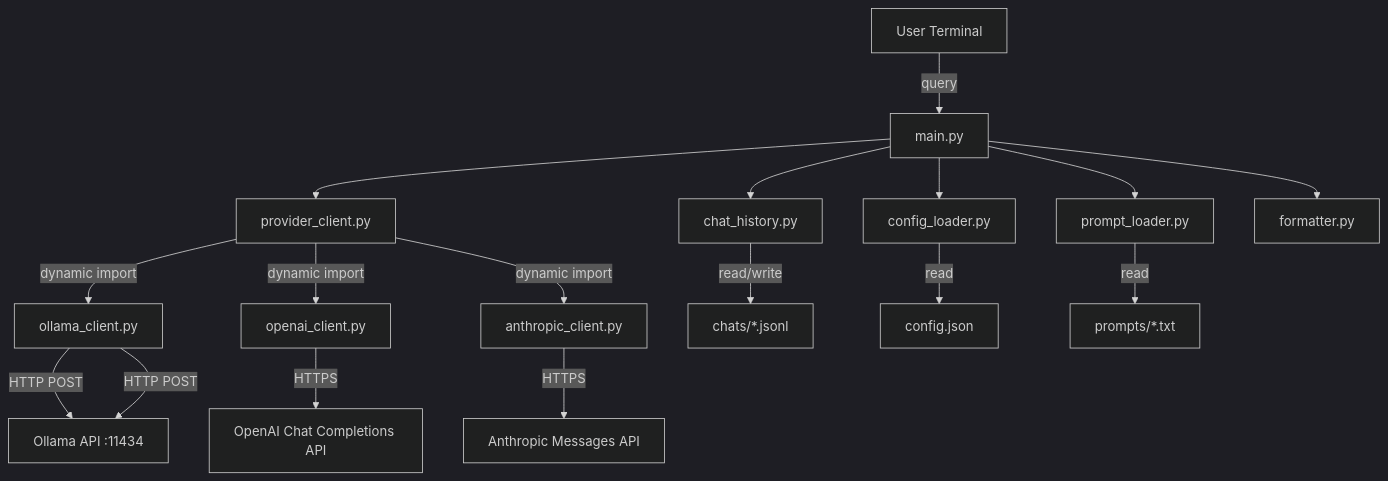
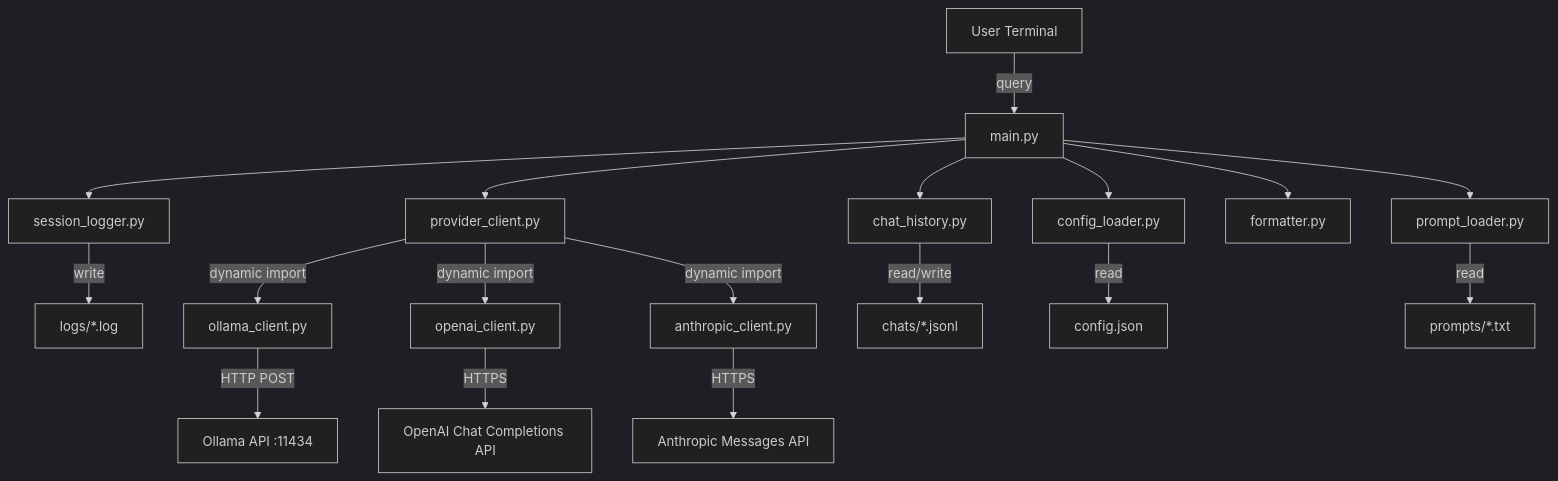
The diagram in docs/architecture.md (ai4sweng/kio1.orchestrator), drawn with Mermaid (dark theme) before and after one commit. The commit also changed other lines of this file and 14 other files, not shown here.

````diff
--- a/docs/architecture.md
+++ b/docs/architecture.md
@@ -9,19 +9,20 @@
 ```mermaid
 graph TD
     User[User Terminal] -->|query| Main[main.py]
     Main --> ConfigLoader[config_loader.py]
     Main --> PromptLoader[prompt_loader.py]
     Main --> ChatHistory[chat_history.py]
     Main --> ProviderClient[provider_client.py]
     Main --> Formatter[formatter.py]
-    OllamaClient -->|HTTP POST| Ollama[Ollama API :11434]
+    Main --> SessionLogger[session_logger.py]
+    SessionLogger -->|write| LogFiles[logs/*.log]
     ProviderClient -->|dynamic import| OllamaClient[ollama_client.py]
     ProviderClient -->|dynamic import| OpenAIClient[openai_client.py]
     ProviderClient -->|dynamic import| AnthropicClient[anthropic_client.py]
     OllamaClient -->|HTTP POST| Ollama[Ollama API :11434]
     OpenAIClient -->|HTTPS| OpenAIAPI[OpenAI Chat Completions API]
     AnthropicClient -->|HTTPS| AnthropicAPI[Anthropic Messages API]
     ChatHistory -->|read/write| ChatFiles[chats/*.jsonl]
     ConfigLoader -->|read| ConfigFile[config.json]
     PromptLoader -->|read| PromptFile[prompts/*.txt]
 ```
````
